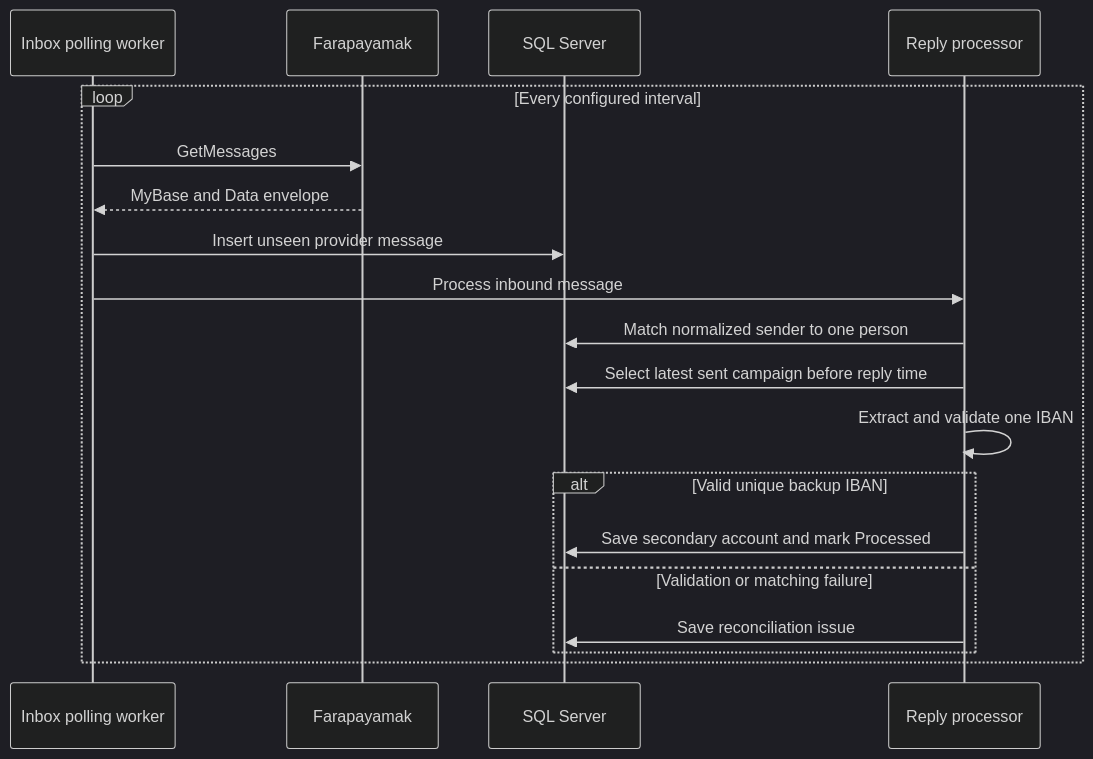
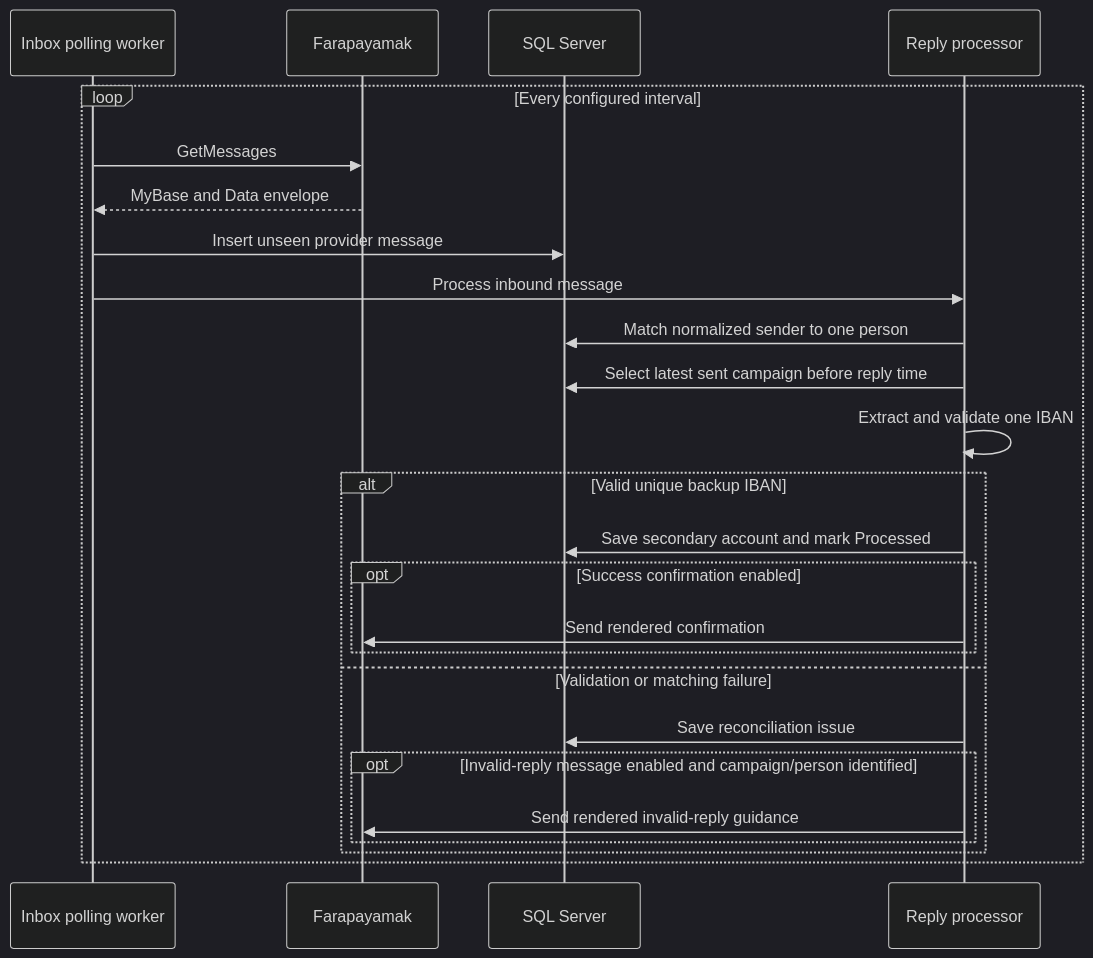
The diagram in docs/sms-campaign/inbound-replies.md (jmorsali/SmsPanel), drawn with Mermaid (dark theme) before and after one commit. The commit also changed other lines of this file and 23 other files, not shown here.

````diff
--- a/docs/sms-campaign/inbound-replies.md
+++ b/docs/sms-campaign/inbound-replies.md
@@ -5,22 +5,28 @@
 ```mermaid
 sequenceDiagram
     participant Poller as Inbox polling worker
     participant SMS as Farapayamak
     participant DB as SQL Server
     participant Processor as Reply processor
 
     loop Every configured interval
         Poller->>SMS: GetMessages
         SMS-->>Poller: MyBase and Data envelope
         Poller->>DB: Insert unseen provider message
         Poller->>Processor: Process inbound message
         Processor->>DB: Match normalized sender to one person
         Processor->>DB: Select latest sent campaign before reply time
         Processor->>Processor: Extract and validate one IBAN
         alt Valid unique backup IBAN
             Processor->>DB: Save secondary account and mark Processed
+            opt Success confirmation enabled
+                Processor->>SMS: Send rendered confirmation
+            end
         else Validation or matching failure
             Processor->>DB: Save reconciliation issue
+            opt Invalid-reply message enabled and campaign/person identified
+                Processor->>SMS: Send rendered invalid-reply guidance
+            end
         end
     end
 ```
````
